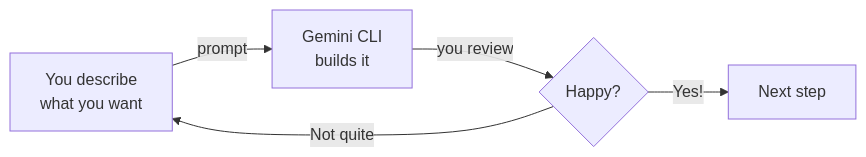
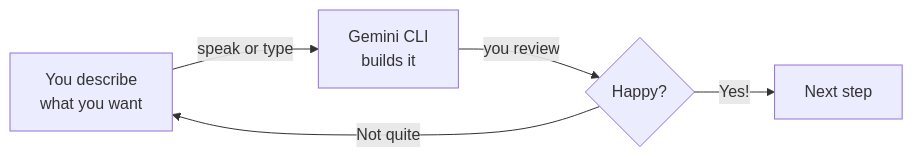
Before and after one commit to ChanMeng666/her-waka: the diagram in tutorial/personal-website/build-website.mdx, drawn with Mermaid. The commit also changed other lines of this file and 38 other files, not shown here.

First line of the commit message:
feat: add voice-first Obsidian CLI tutorials and refactor all tutorials for Wispr Flow + Gemini CLI

````diff
--- a/tutorial/personal-website/build-website.mdx
+++ b/tutorial/personal-website/build-website.mdx
@@ -12,7 +21,7 @@
 ```mermaid
 flowchart LR
-    A["You describe\nwhat you want"] -->|"prompt"| B["Gemini CLI\nbuilds it"]
+    A["You describe\nwhat you want"] -->|"speak or type"| B["Gemini CLI\nbuilds it"]
     B -->|"you review"| C{"Happy?"}
     C -->|"Not quite"| A
     C -->|"Yes!"| D["Next step"]
 ```
````
